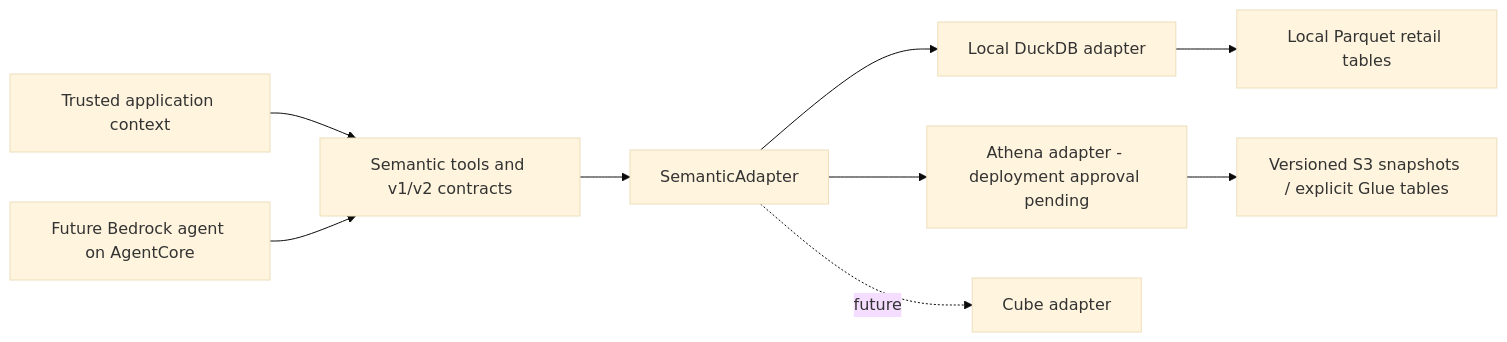
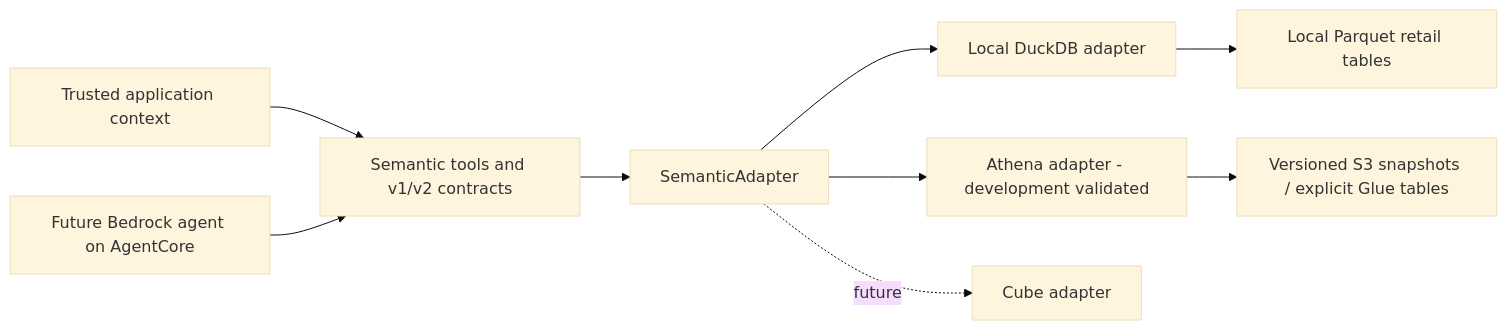
One commit to sureshkm-ai/enterprise-analytics-agent changed the diagram in docs/architecture.md. Above: the diagram before and after it, drawn with Mermaid (base theme). The commit also changed other lines of this file and 5 other files, not shown here.

````diff
--- a/docs/architecture.md
+++ b/docs/architecture.md
@@ -5,11 +5,11 @@
 ```mermaid
 flowchart LR
     App[Trusted application context] --> Tools[Semantic tools and v1/v2 contracts]
     Agent[Future Bedrock agent on AgentCore] --> Tools
     Tools --> Interface[SemanticAdapter]
     Interface --> Local[Local DuckDB adapter]
-    Interface --> Athena[Athena adapter - deployment approval pending]
+    Interface --> Athena[Athena adapter - development validated]
     Athena --> Warehouse[Versioned S3 snapshots / explicit Glue tables]
     Interface -. future .-> Cube[Cube adapter]
     Local --> Data[Local Parquet retail tables]
 ```
````
